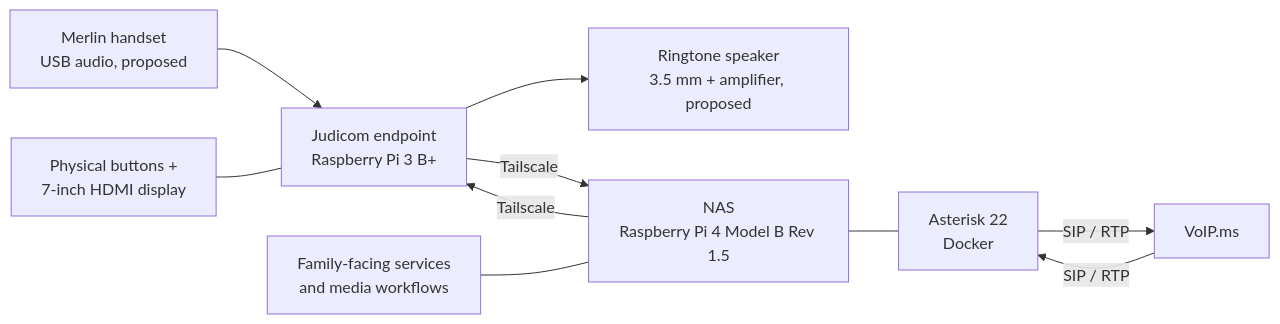
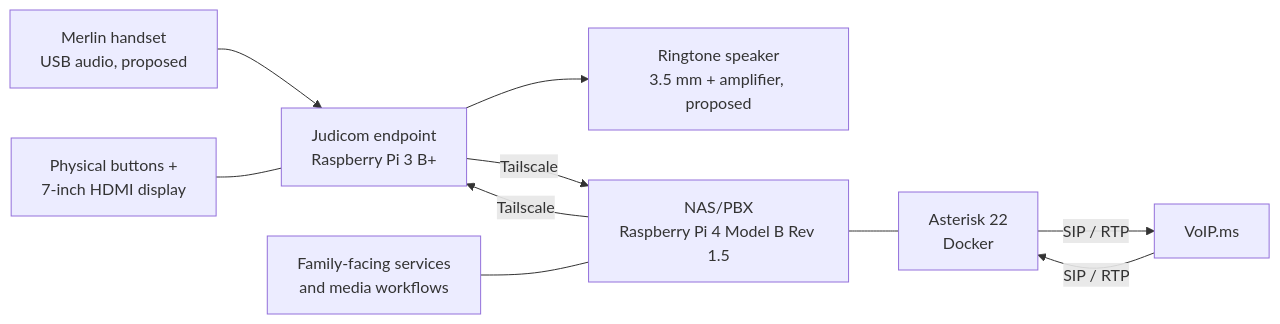
The diagram in docs/ARCHITECTURE.md (calphool/Judicom), drawn with Mermaid before and after one commit.

Commit message:
Update NAS description in architecture diagram

````diff
--- a/docs/ARCHITECTURE.md
+++ b/docs/ARCHITECTURE.md
@@ -7,12 +7,12 @@
 ```mermaid
 flowchart LR
     H["Merlin handset<br/>USB audio, proposed"] --> J["Judicom endpoint<br/>Raspberry Pi 3 B+"]
     B["Physical buttons +<br/>7-inch HDMI display"] --- J
     J --> S["Ringtone speaker<br/>3.5 mm + amplifier, proposed"]
-    J -->|Tailscale| N["NAS<br/>Raspberry Pi 4 Model B Rev 1.5"]
+    J -->|Tailscale| N["NAS/PBX<br/>Raspberry Pi 4 Model B Rev 1.5"]
     N -->|Tailscale| J
     N --- A["Asterisk 22<br/>Docker"]
     A -->|SIP / RTP| V["VoIP.ms"]
     V -->|SIP / RTP| A
     F["Family-facing services<br/>and media workflows"] --- N
 ```
````
